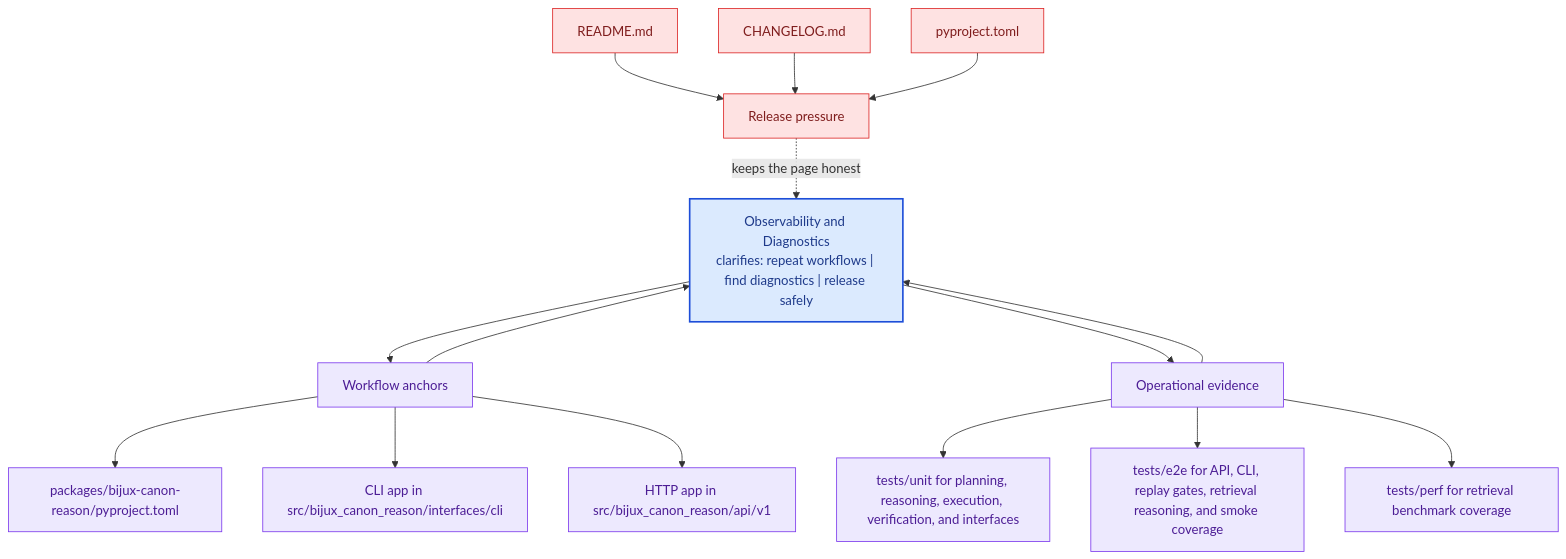
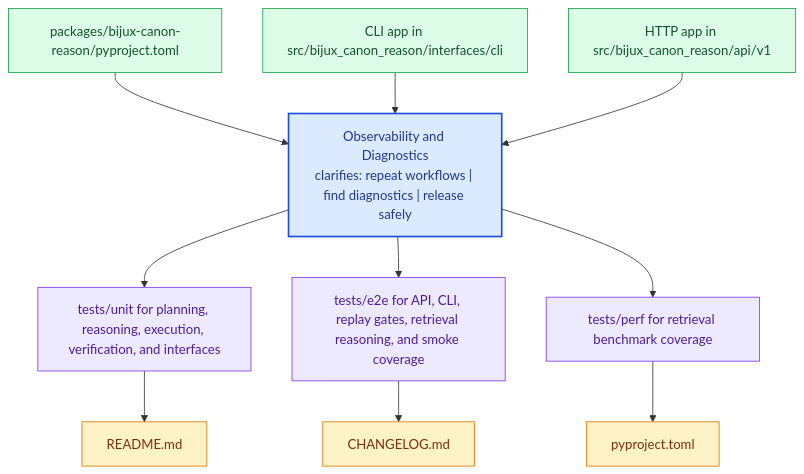
One commit to bijux/bijux-canon changed the diagram in docs/bijux-canon-reason/operations/observability-and-diagnostics.md. Above: the diagram before and after it, drawn with Mermaid. The commit also changed other lines of this file and 281 other files, not shown here.

Commit message:
docs(diagrams): replace repeated mermaid scaffolds with page-specific summaries

````diff
--- a/docs/bijux-canon-reason/operations/observability-and-diagnostics.md
+++ b/docs/bijux-canon-reason/operations/observability-and-diagnostics.md
@@ -66,41 +21,31 @@
 ```mermaid
 flowchart TB
-    promise["Observability and Diagnostics<br/>clarifies: repeat workflows | find diagnostics | release safely"]
-    classDef promise fill:#dbeafe,stroke:#1d4ed8,color:#1e3a8a,stroke-width:2px;
-    classDef driver fill:#dcfce7,stroke:#16a34a,color:#14532d;
-    classDef constraint fill:#fee2e2,stroke:#dc2626,color:#7f1d1d;
-    classDef ground fill:#ede9fe,stroke:#7c3aed,color:#4c1d95;
-    focus1["Workflow anchors"]
-    focus1 --> promise
-    promise --> focus1
-    focus1_1["packages/bijux-canon-reason/pyproject.toml"]
-    focus1 --> focus1_1
-    focus1_2["CLI app in src/bijux_canon_reason/interfaces/cli"]
-    focus1 --> focus1_2
-    focus1_3["HTTP app in src/bijux_canon_reason/api/v1"]
-    focus1 --> focus1_3
-    class focus1 ground;
-    class focus1_1,focus1_2,focus1_3 ground;
-    focus2["Operational evidence"]
-    focus2 --> promise
-    promise --> focus2
-    focus2_1["tests/unit for planning, reasoning, execution, verification, and interfaces"]
-    focus2 --> focus2_1
-    focus2_2["tests/e2e for API, CLI, replay gates, retrieval reasoning, and smoke coverage"]
-    focus2 --> focus2_2
-    focus2_3["tests/perf for retrieval benchmark coverage"]
-    focus2 --> focus2_3
-    class focus2 ground;
-    class focus2_1,focus2_2,focus2_3 ground;
-    focus3["Release pressure"]
-    focus3 -.keeps the page honest.-> promise
-    focus3_1["README.md"]
-    focus3_1 --> focus3
-    focus3_2["CHANGELOG.md"]
-    focus3_2 --> focus3
-    focus3_3["pyproject.toml"]
-    focus3_3 --> focus3
-    class focus3 constraint;
-    class focus3_1,focus3_2,focus3_3 constraint;
-    class promise promise;
+    page["Observability and Diagnostics<br/>clarifies: repeat workflows | find diagnostics | release safely"]
+    classDef page fill:#dbeafe,stroke:#1d4ed8,color:#1e3a8a,stroke-width:2px;
+    classDef positive fill:#dcfce7,stroke:#16a34a,color:#14532d;
+    classDef caution fill:#fee2e2,stroke:#dc2626,color:#7f1d1d;
+    classDef anchor fill:#ede9fe,stroke:#7c3aed,color:#4c1d95;
+    classDef action fill:#fef3c7,stroke:#d97706,color:#7c2d12;
+    step1["packages/bijux-canon-reason/pyproject.toml"]
+    step1 --> page
+    step2["CLI app in src/bijux_canon_reason/interfaces/cli"]
+    step2 --> page
+    step3["HTTP app in src/bijux_canon_reason/api/v1"]
+    step3 --> page
+    run1["tests/unit for planning, reasoning, execution, verification, and interfaces"]
+    page --> run1
+    run2["tests/e2e for API, CLI, replay gates, retrieval reasoning, and smoke coverage"]
+    page --> run2
+    run3["tests/perf for retrieval benchmark coverage"]
+    page --> run3
+    release1["README.md"]
+    run1 --> release1
+    release2["CHANGELOG.md"]
+    run2 --> release2
+    release3["pyproject.toml"]
+    run3 --> release3
+    class page page;
+    class step1,step2,step3 positive;
+    class run1,run2,run3 anchor;
+    class release1,release2,release3 action;
 ```
````
